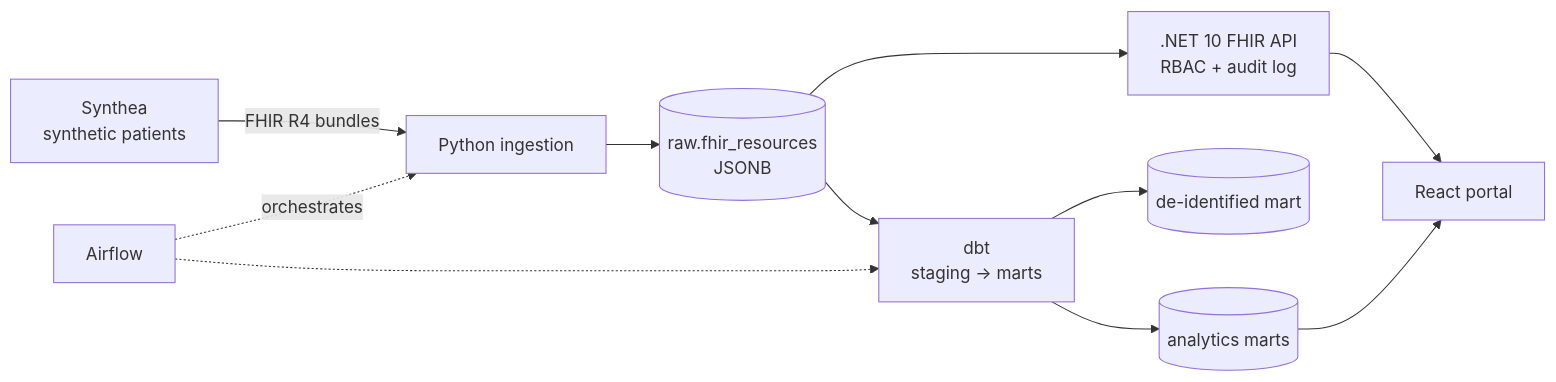
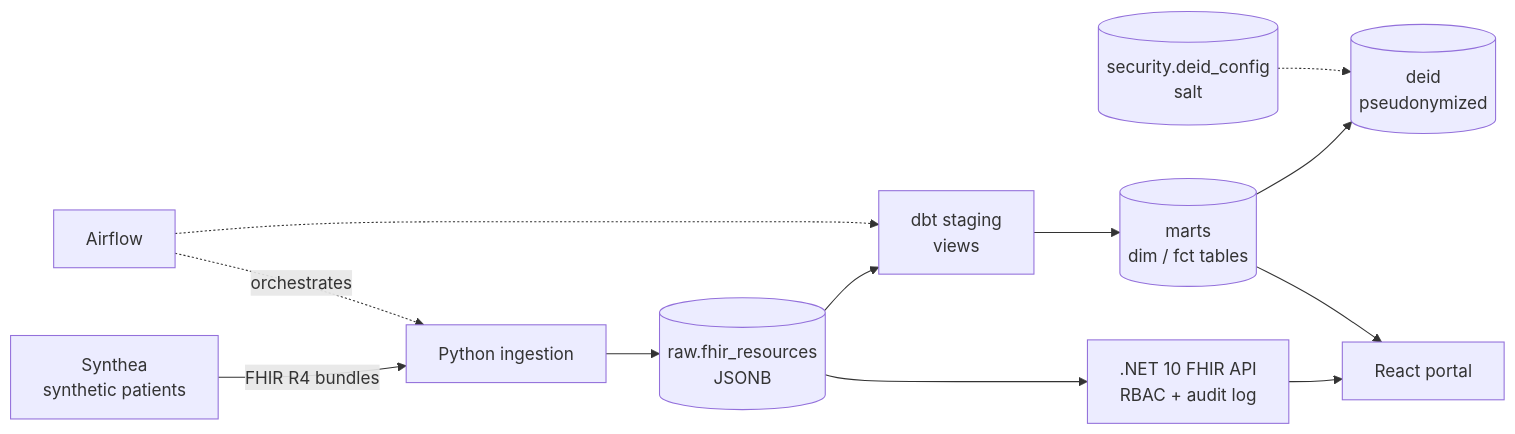
Before and after one commit to mcorthudayi/pulselake: the diagram in README.md, drawn with Mermaid. The commit also changed other lines of this file and 27 other files, not shown here.

Commit message:
feat: phase 2 — dbt staging/marts, de-identified mart, data quality tests

````diff
--- a/README.md
+++ b/README.md
@@ -11,13 +11,14 @@
 ```mermaid
 flowchart LR
   S[Synthea<br/>synthetic patients] -->|FHIR R4 bundles| I[Python ingestion]
   I --> R[(raw.fhir_resources<br/>JSONB)]
-  R --> D[dbt<br/>staging → marts]
-  D --> M[(analytics marts)]
-  D --> X[(de-identified mart)]
+  R --> ST[dbt staging<br/>views]
+  ST --> M[(marts<br/>dim / fct tables)]
+  M --> X[(deid<br/>pseudonymized)]
+  K[(security.deid_config<br/>salt)] -.-> X
   R --> A[.NET 10 FHIR API<br/>RBAC + audit log]
   A --> W[React portal]
   M --> W
   O[Airflow] -.orchestrates.-> I
-  O -.-> D
+  O -.-> ST
 ```
````
